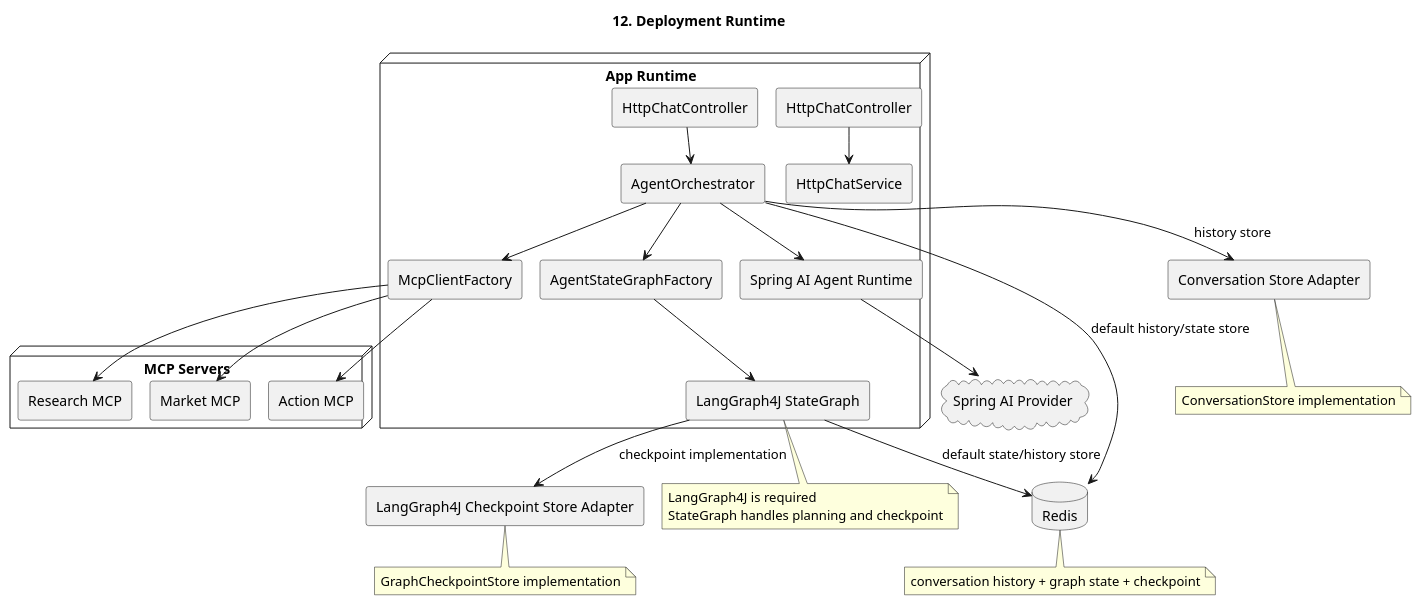
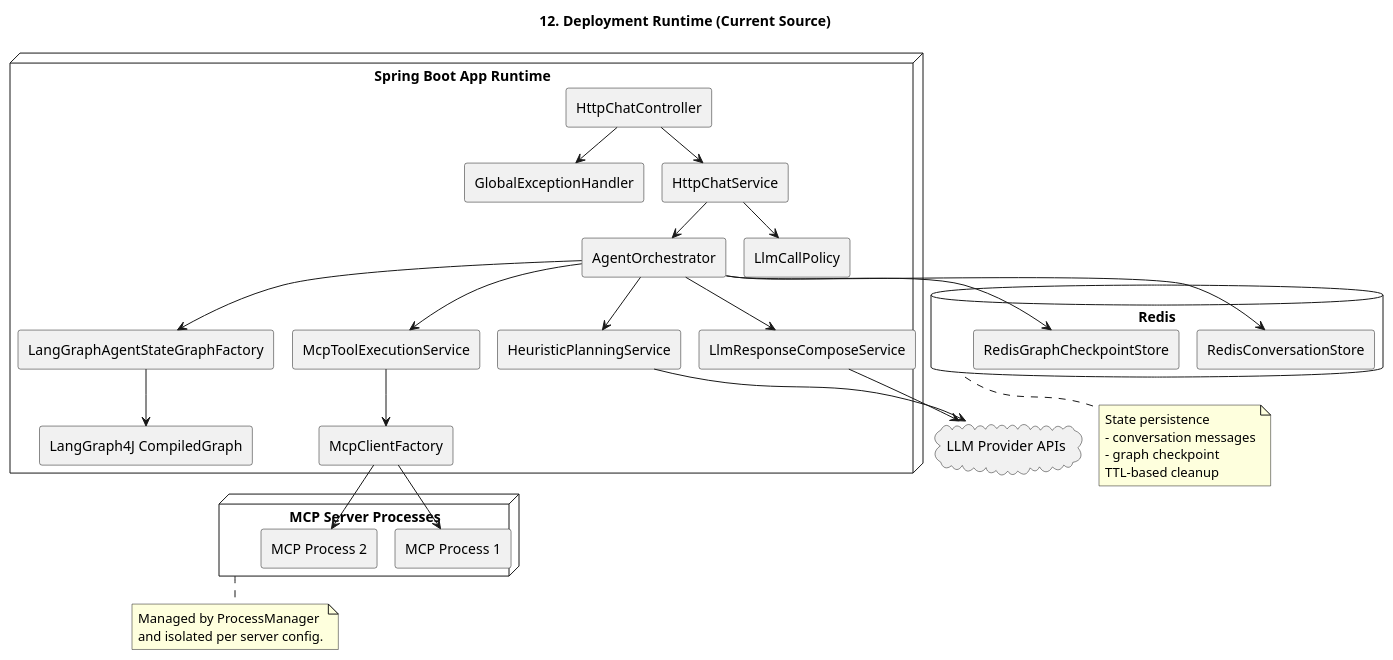
The diagram in documents/mcp-orchestrator-architecture/12-deployment-runtime.puml (kim57uak/spring-ai), drawn with PlantUML before and after one commit. The commit also changed 63 other files, not shown here.

Commit message:
Refactor agent architecture, exception layering, and docs sync

```diff
--- a/documents/mcp-orchestrator-architecture/12-deployment-runtime.puml
+++ b/documents/mcp-orchestrator-architecture/12-deployment-runtime.puml
@@ -1,61 +1,63 @@
 @startuml
 !pragma layout smetana
-title 12. Deployment Runtime
+title 12. Deployment Runtime (Current Source)
 
 skinparam shadowing false
 skinparam componentStyle rectangle
 
-node "App Runtime" {
-  [HttpChatController] as LegacyController
-  [HttpChatService] as LegacyService
+node "Spring Boot App Runtime" {
   [HttpChatController] as Controller
+  [GlobalExceptionHandler] as Advice
+  [HttpChatService] as ChatService
   [AgentOrchestrator] as Orchestrator
-  [AgentStateGraphFactory] as GraphFactory
-  [LangGraph4J StateGraph] as StateGraph
-  [Spring AI Agent Runtime] as PlanningChatRuntime
+  [LangGraphAgentStateGraphFactory] as GraphFactory
+  [LangGraph4J CompiledGraph] as CompiledGraph
+  [HeuristicPlanningService] as PlanningService
+  [McpToolExecutionService] as ToolExecutionService
+  [LlmResponseComposeService] as ComposeService
   [McpClientFactory] as McpClientFactory
+  [LlmCallPolicy] as LlmPolicy
 }
 
-database "Redis" as RedisB
-component "Conversation Store Adapter" as SpringAiMemoryStore
-component "LangGraph4J Checkpoint Store Adapter" as LangGraphCheckpointStore
-cloud "Spring AI Provider" as Provider
-node "MCP Servers" as McpServers {
-  [Research MCP] as SupplyCost
-  [Market MCP] as Reservation
-  [Action MCP] as SaleProduct
+database "Redis" as Redis {
+  [RedisConversationStore] as ConversationStore
+  [RedisGraphCheckpointStore] as CheckpointStore
 }
 
-LegacyController --> LegacyService
-Controller --> Orchestrator
+cloud "LLM Provider APIs" as Providers
+
+node "MCP Server Processes" as McpServers {
+  [MCP Process 1] as Mcp1
+  [MCP Process 2] as Mcp2
+}
+
+Controller --> ChatService
+Controller --> Advice
+ChatService --> Orchestrator
+ChatService --> LlmPolicy
 Orchestrator --> GraphFactory
-GraphFactory --> StateGraph
-StateGraph --> RedisB : default state/history store
-StateGraph --> LangGraphCheckpointStore : checkpoint implementation
-Orchestrator --> PlanningChatRuntime
-Orchestrator --> McpClientFactory
-McpClientFactory --> SupplyCost
-McpClientFactory --> Reservation
-McpClientFactory --> SaleProduct
-Orchestrator --> RedisB : default history/state store
-Orchestrator --> SpringAiMemoryStore : history store
-PlanningChatRuntime --> Provider
+GraphFactory --> CompiledGraph
+Orchestrator --> PlanningService
+Orchestrator --> ToolExecutionService
+Orchestrator --> ComposeService
+Orchestrator --> ConversationStore
+Orchestrator --> CheckpointStore
+PlanningService --> Providers
+ComposeService --> Providers
+ToolExecutionService --> McpClientFactory
+McpClientFactory --> Mcp1
+McpClientFactory --> Mcp2
 
-note bottom of RedisB
-conversation history + graph state + checkpoint
+note bottom of Redis
+State persistence
+- conversation messages
+- graph checkpoint
+TTL-based cleanup
 end note
 
-note bottom of SpringAiMemoryStore
-ConversationStore implementation
-end note
-
-note bottom of StateGraph
-LangGraph4J is required
-StateGraph handles planning and checkpoint
-end note
-
-note bottom of LangGraphCheckpointStore
-GraphCheckpointStore implementation
+note bottom of McpServers
+Managed by ProcessManager
+and isolated per server config.
 end note
 
 @enduml
```
